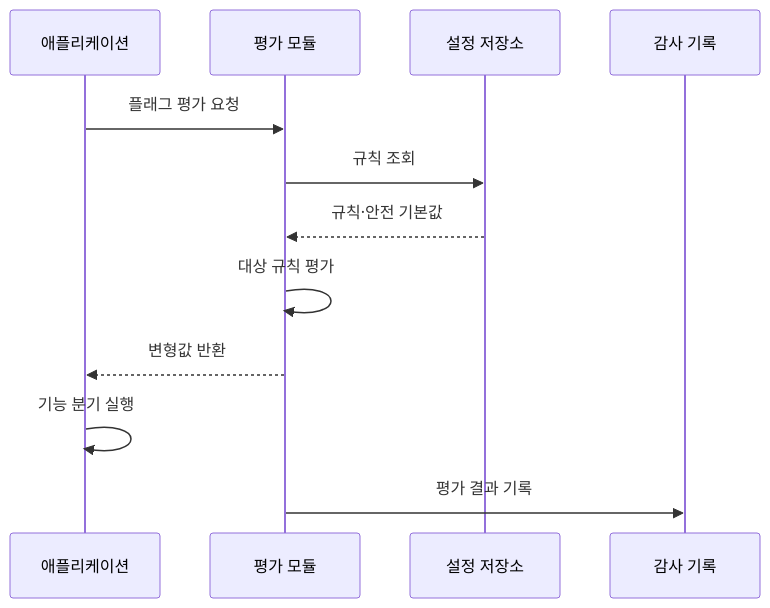
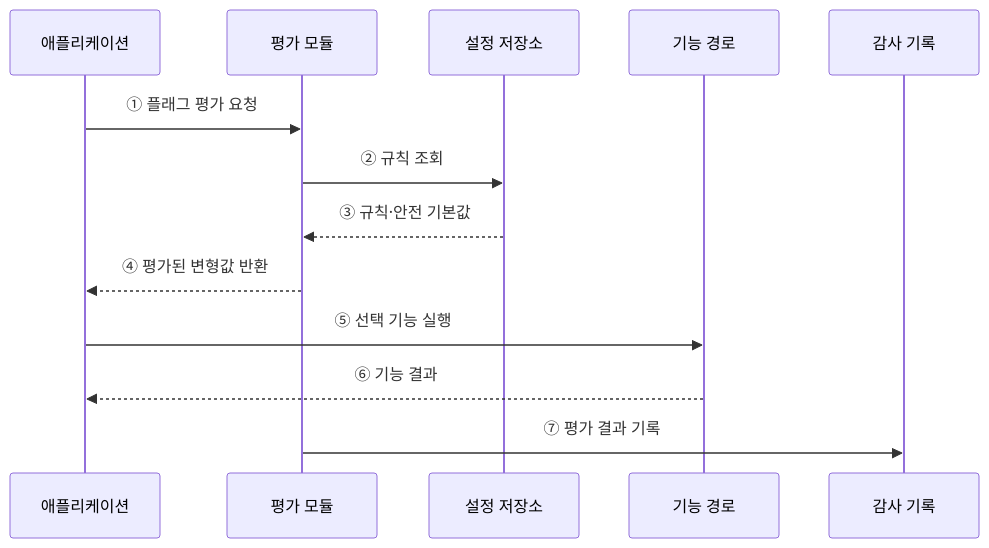
Before and after one commit to agnusdei1207/knowledge-base: the second of 2 diagrams in src/content/docs/notes/03-software/064_feature_flag.md, drawn with Mermaid. The commit also changed other lines of this file and 20 other files, not shown here.

````diff
--- a/src/content/docs/notes/03-software/064_feature_flag.md
+++ b/src/content/docs/notes/03-software/064_feature_flag.md
@@ -76,14 +66,15 @@
 ```mermaid
 sequenceDiagram
     participant A as 애플리케이션
     participant E as 평가 모듈
     participant S as 설정 저장소
+    participant F as 기능 경로
     participant L as 감사 기록
-    A->>E: 플래그 평가 요청
-    E->>S: 규칙 조회
-    S-->>E: 규칙·안전 기본값
-    E->>E: 대상 규칙 평가
-    E-->>A: 변형값 반환
-    A->>A: 기능 분기 실행
-    E->>L: 평가 결과 기록
+    A->>E: ① 플래그 평가 요청
+    E->>S: ② 규칙 조회
+    S-->>E: ③ 규칙·안전 기본값
+    E-->>A: ④ 평가된 변형값 반환
+    A->>F: ⑤ 선택 기능 실행
+    F-->>A: ⑥ 기능 결과
+    E->>L: ⑦ 평가 결과 기록
 ```
````
